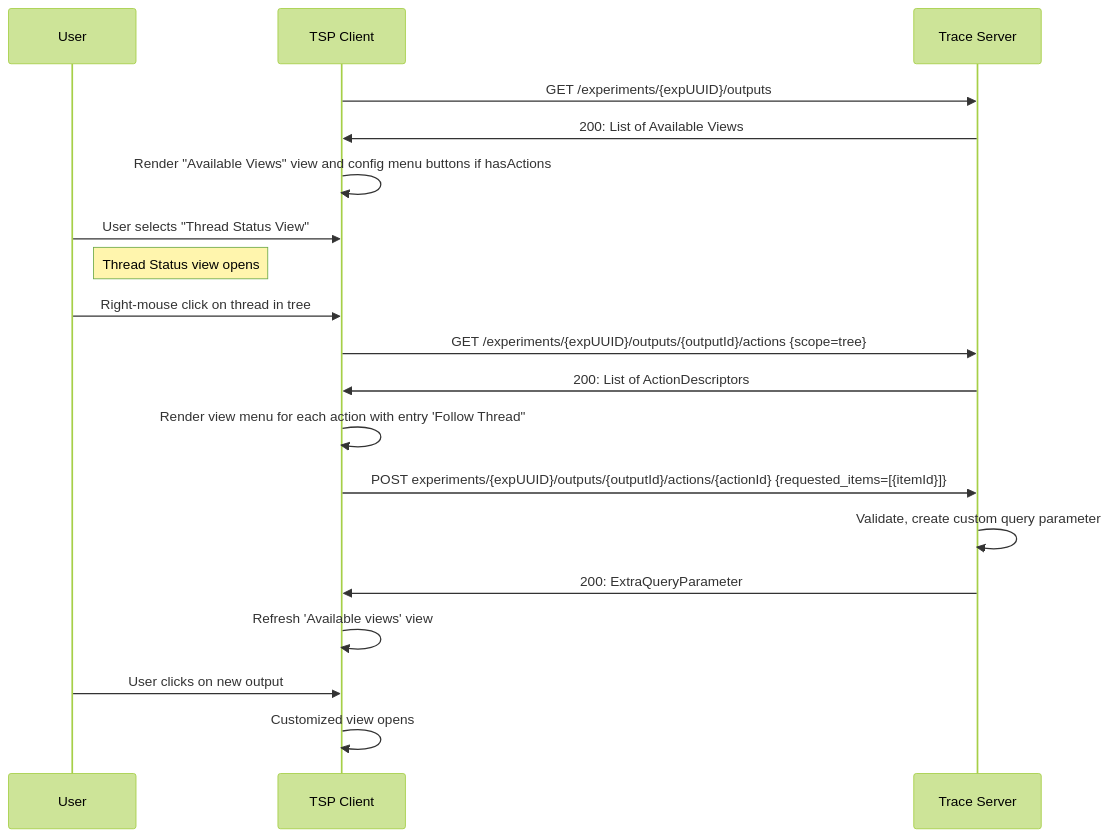
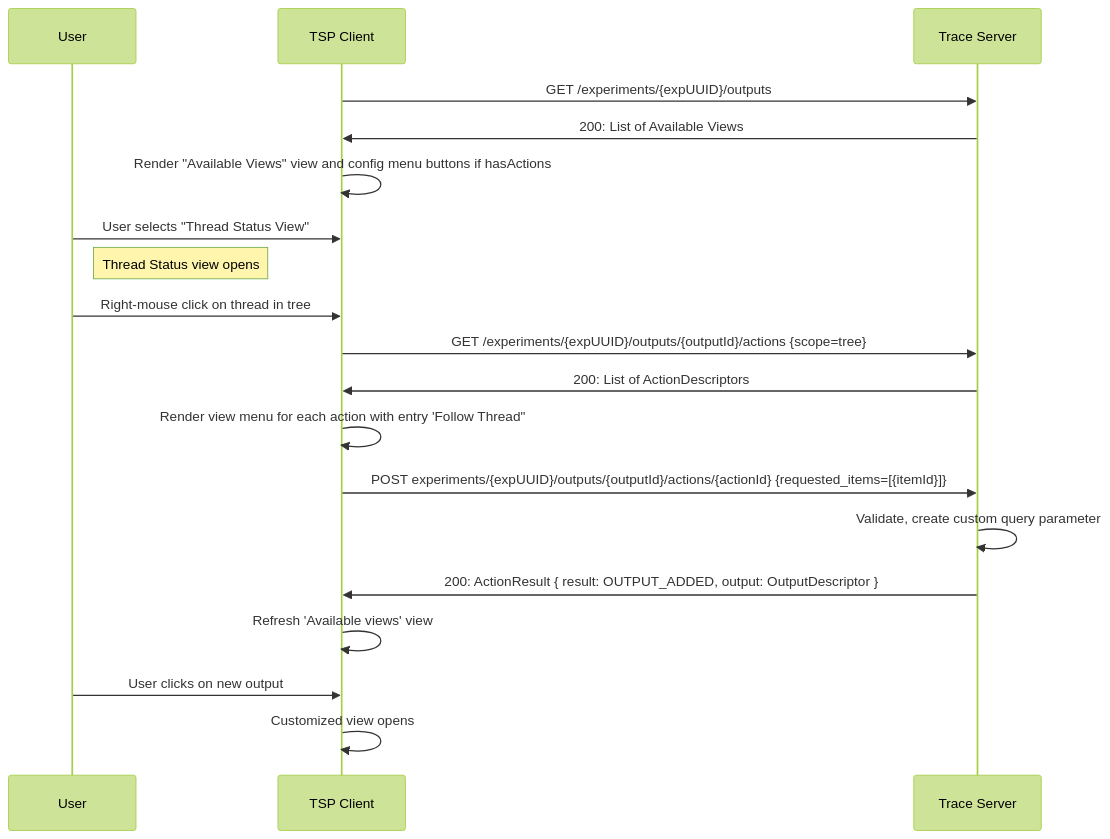
One commit to bhufmann/theia-trace-extension changed the sixth of 9 diagrams in doc/adr/0011-tsp-analysis-api.md. Above: the diagram before and after it, drawn with Mermaid (forest theme). The commit also changed other lines of this file, not shown here.

````diff
--- a/doc/adr/0011-tsp-analysis-api.md
+++ b/doc/adr/0011-tsp-analysis-api.md
@@ -445,21 +403,21 @@
 ```mermaid
 sequenceDiagram
     participant user as User
     participant client as TSP Client
     participant server as Trace Server
     client->>server: GET /experiments/{expUUID}/outputs
     server->>client: 200: List of Available Views
     client->>client: Render "Available Views" view and config menu buttons if hasActions
     user->>client: User selects "Thread Status View"
     Note right of user: Thread Status view opens
     user->>client: Right-mouse click on thread in tree
     client->>server: GET /experiments/{expUUID}/outputs/{outputId}/actions {scope=tree}
     server->>client: 200: List of ActionDescriptors
     client->>client: Render view menu for each action with entry 'Follow Thread"
     client->>server: POST experiments/{expUUID}/outputs/{outputId}/actions/{actionId} {requested_items=[{itemId}]}
     server->>server: Validate, create custom query parameter
-    server->>client: 200: ExtraQueryParameter
+    server->>client: 200: ActionResult { result: OUTPUT_ADDED, output: OutputDescriptor } 
     client->>client: Refresh 'Available views' view
     user->>client: User clicks on new output
     client->>client: Customized view opens
  ```
````
